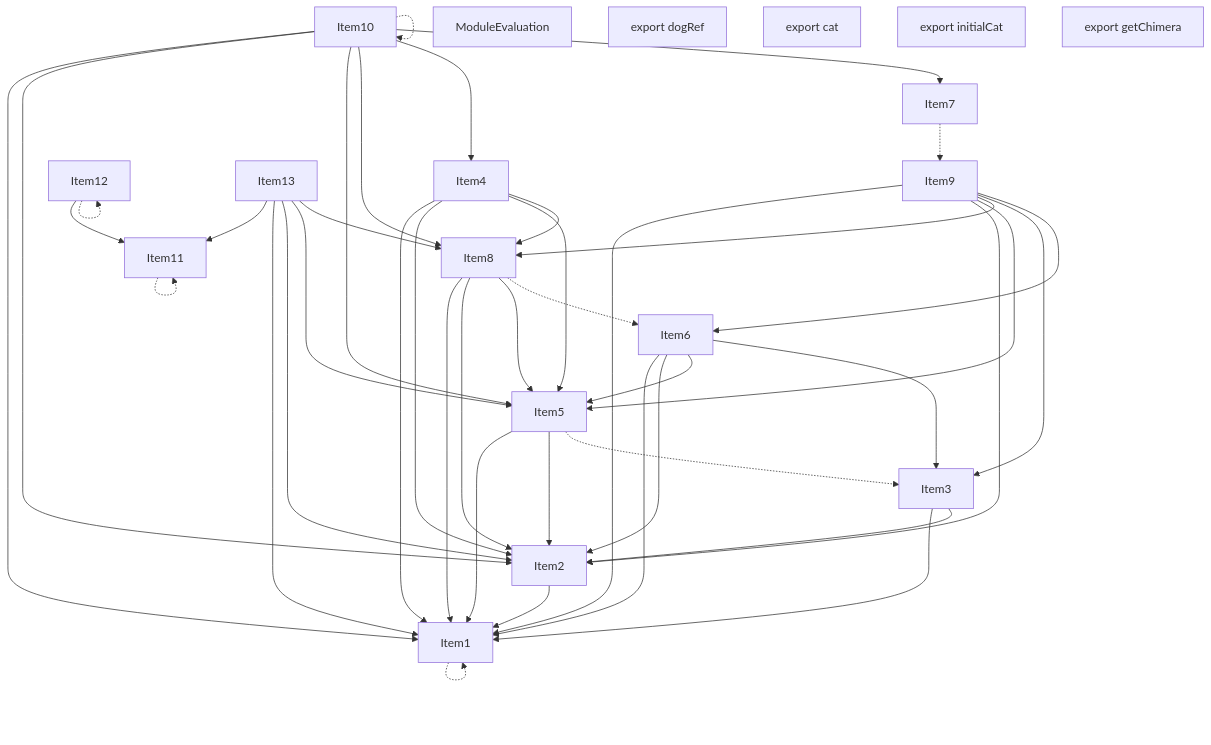
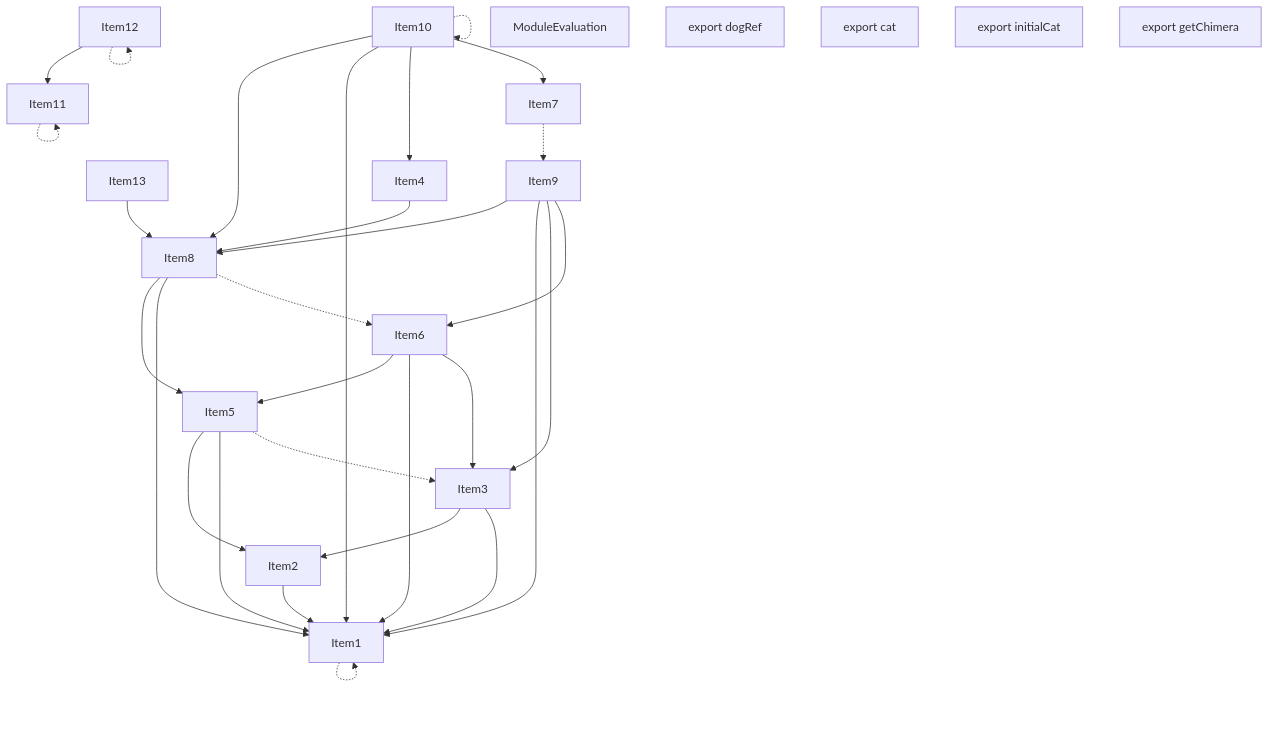
One commit to vercel/turborepo changed the third of 5 diagrams in crates/turbopack-ecmascript/tests/tree-shaker/analyzer/complex/output.md. Above: the diagram before and after it, drawn with Mermaid. The commit also changed other lines of this file and 20 other files, not shown here.

````diff
--- a/crates/turbopack-ecmascript/tests/tree-shaker/analyzer/complex/output.md
+++ b/crates/turbopack-ecmascript/tests/tree-shaker/analyzer/complex/output.md
@@ -239,67 +233,54 @@
 ```mermaid
 graph TD
     Item1;
     Item2;
     Item3;
     Item4;
     Item5;
     Item6;
     Item7;
     Item8;
     Item9;
     Item10;
     Item11;
     Item12;
     Item13;
     Item14;
     Item14["ModuleEvaluation"];
     Item15;
     Item15["export dogRef"];
     Item16;
     Item16["export cat"];
     Item17;
     Item17["export initialCat"];
     Item18;
     Item18["export getChimera"];
     Item1 -.-> Item1;
     Item2 --> Item1;
+    Item3 --> Item2;
     Item3 --> Item1;
-    Item3 --> Item2;
+    Item5 --> Item2;
     Item5 --> Item1;
-    Item5 --> Item2;
     Item5 -.-> Item3;
+    Item6 --> Item5;
     Item6 --> Item1;
-    Item6 --> Item2;
-    Item6 --> Item5;
     Item6 --> Item3;
+    Item8 --> Item5;
     Item8 --> Item1;
-    Item8 --> Item2;
-    Item8 --> Item5;
     Item8 -.-> Item6;
+    Item9 --> Item8;
     Item9 --> Item1;
-    Item9 --> Item2;
-    Item9 --> Item5;
-    Item9 --> Item8;
     Item9 --> Item3;
     Item9 --> Item6;
+    Item10 --> Item8;
     Item10 --> Item1;
-    Item10 --> Item2;
-    Item10 --> Item5;
-    Item10 --> Item8;
     Item10 --> Item4;
     Item10 --> Item7;
     Item10 -.-> Item10;
     Item11 -.-> Item11;
     Item12 --> Item11;
     Item12 -.-> Item12;
-    Item4 --> Item1;
-    Item4 --> Item2;
-    Item4 --> Item5;
     Item4 --> Item8;
     Item7 -.-> Item9;
-    Item13 --> Item11;
-    Item13 --> Item1;
-    Item13 --> Item2;
-    Item13 --> Item5;
     Item13 --> Item8;
 ```
````
